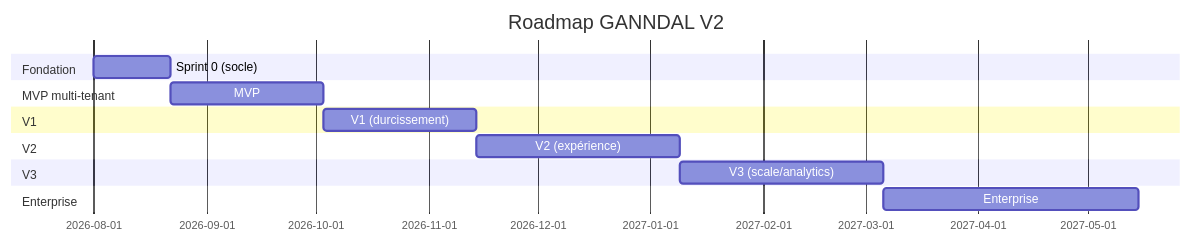
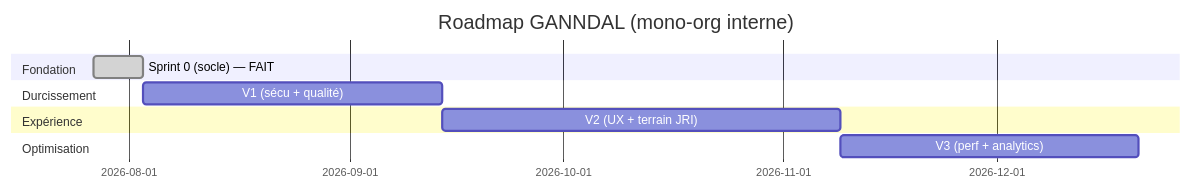
The diagram in docs/v2/13-ROADMAP.md (sukarts/GANNDAL-SERVER), drawn with Mermaid before and after one commit. The commit also changed other lines of this file and 2 other files, not shown here.

First line of the commit message:
docs(v2): purge multi-tenant (mono-org) — data-model, roadmap, backlog

````diff
--- a/docs/v2/13-ROADMAP.md
+++ b/docs/v2/13-ROADMAP.md
@@ -5,17 +7,13 @@
 ```mermaid
 gantt
-  title Roadmap GANNDAL V2
+  title Roadmap GANNDAL (mono-org interne)
   dateFormat  YYYY-MM-DD
   section Fondation
-  Sprint 0 (socle)        :s0, 2026-08-01, 3w
-  section MVP multi-tenant
-  MVP                     :mvp, after s0, 6w
-  section V1
-  V1 (durcissement)       :v1, after mvp, 6w
-  section V2
-  V2 (expérience)         :v2, after v1, 8w
-  section V3
-  V3 (scale/analytics)    :v3, after v2, 8w
-  section Enterprise
-  Enterprise              :ent, after v3, 10w
+  Sprint 0 (socle) — FAIT   :done, s0, 2026-07-27, 1w
+  section Durcissement
+  V1 (sécu + qualité)       :v1, after s0, 6w
+  section Expérience
+  V2 (UX + terrain JRI)     :v2, after v1, 8w
+  section Optimisation
+  V3 (perf + analytics)     :v3, after v2, 6w
 ```
````
